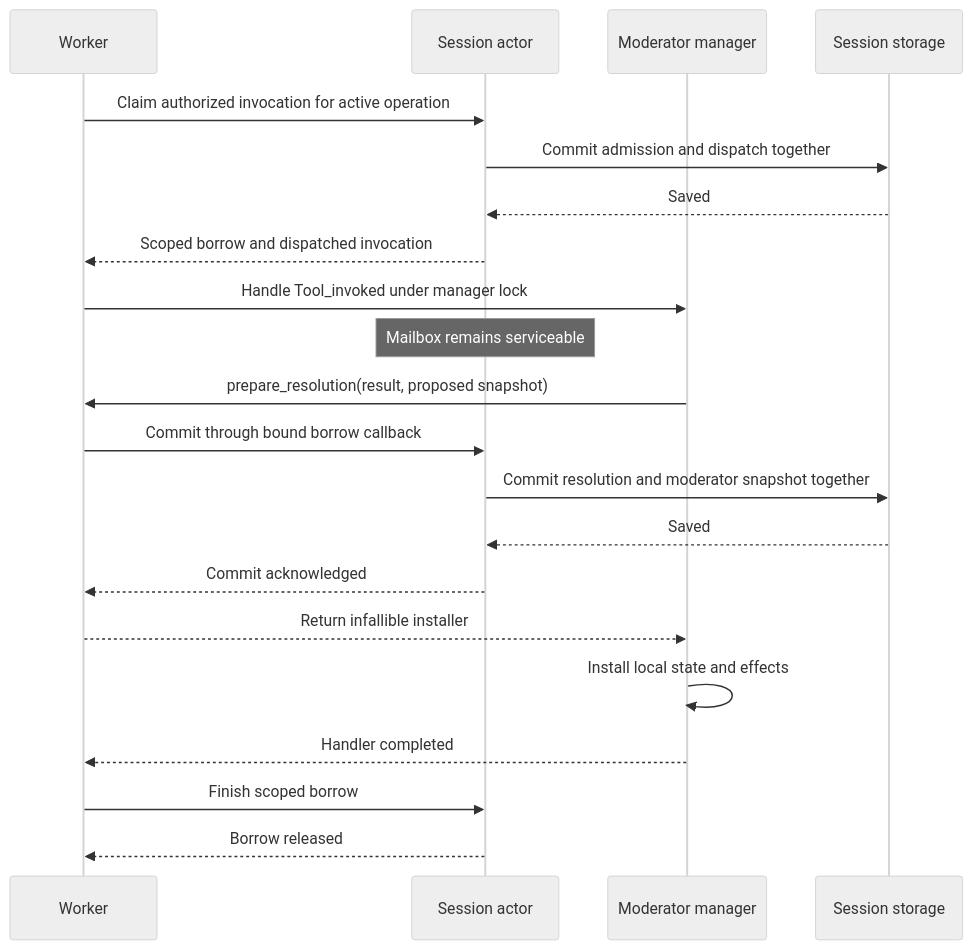
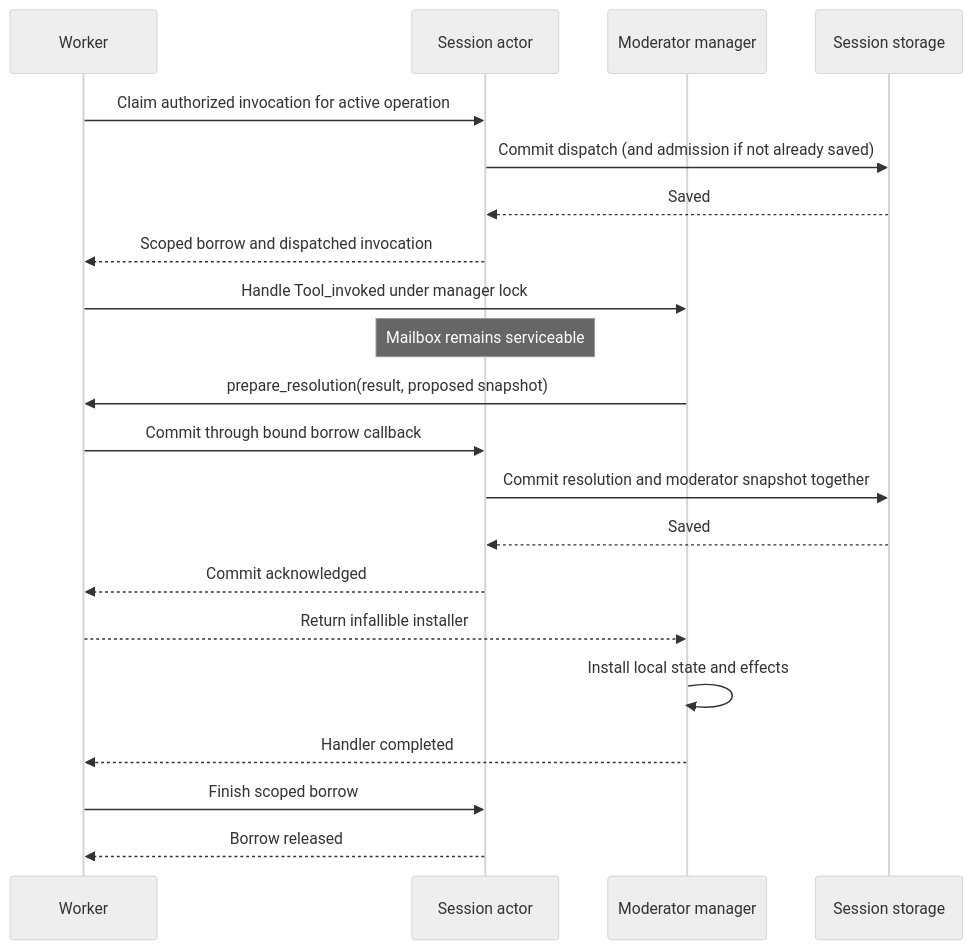
One commit to dakotamurphyucf/ochat changed the diagram in docs-src/agent-server/extensibility-foundations.md. Above: the diagram before and after it, drawn with Mermaid (neutral theme). The commit also changed other lines of this file and 22 other files, not shown here.

````diff
--- a/docs-src/agent-server/extensibility-foundations.md
+++ b/docs-src/agent-server/extensibility-foundations.md
@@ -86,23 +87,23 @@
 ```mermaid
 sequenceDiagram
     participant W as Worker
     participant A as Session actor
     participant M as Moderator manager
     participant S as Session storage
     W->>A: Claim authorized invocation for active operation
-    A->>S: Commit admission and dispatch together
+    A->>S: Commit dispatch (and admission if not already saved)
     S-->>A: Saved
     A-->>W: Scoped borrow and dispatched invocation
     W->>M: Handle Tool_invoked under manager lock
     Note over A: Mailbox remains serviceable
     M->>W: prepare_resolution(result, proposed snapshot)
     W->>A: Commit through bound borrow callback
     A->>S: Commit resolution and moderator snapshot together
     S-->>A: Saved
     A-->>W: Commit acknowledged
     W-->>M: Return infallible installer
     M->>M: Install local state and effects
     M-->>W: Handler completed
     W->>A: Finish scoped borrow
     A-->>W: Borrow released
 ```
````
